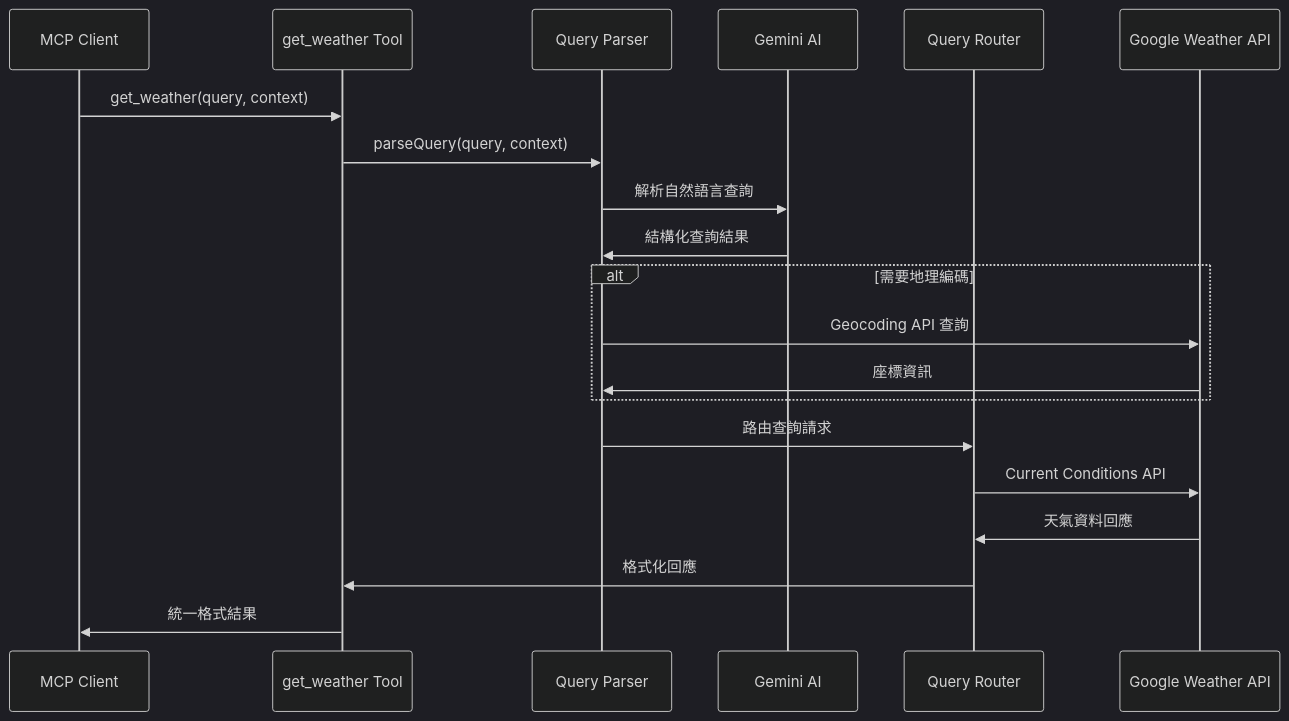
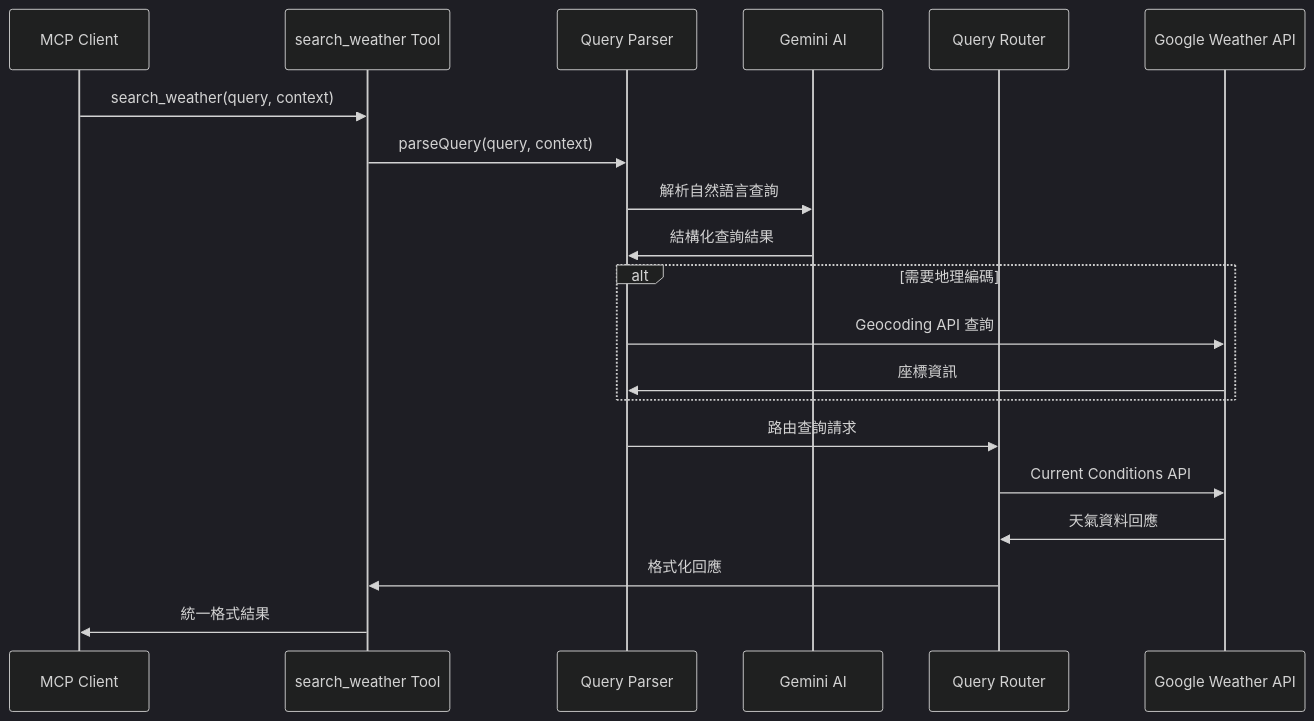
The fourth of 17 diagrams in prd.md (lis186/smart-weather-mcp-server), drawn with Mermaid (dark theme) before and after one commit. The commit also changed other lines of this file and 4 other files, not shown here.

````diff
--- a/prd.md
+++ b/prd.md
@@ -191,28 +191,28 @@
 ```mermaid
 sequenceDiagram
     participant Client as MCP Client
-    participant Tool as get_weather Tool
+    participant Tool as search_weather Tool
     participant Parser as Query Parser
     participant Gemini as Gemini AI
     participant Router as Query Router
     participant API as Google Weather API
     
-    Client->>Tool: get_weather(query, context)
+    Client->>Tool: search_weather(query, context)
     Tool->>Parser: parseQuery(query, context)
     
     Parser->>Gemini: 解析自然語言查詢
     Gemini->>Parser: 結構化查詢結果
     
     alt 需要地理編碼
         Parser->>API: Geocoding API 查詢
         API->>Parser: 座標資訊
     end
     
     Parser->>Router: 路由查詢請求
     
     Router->>API: Current Conditions API
     
     API->>Router: 天氣資料回應
     Router->>Tool: 格式化回應
     Tool->>Client: 統一格式結果
 ```
````
